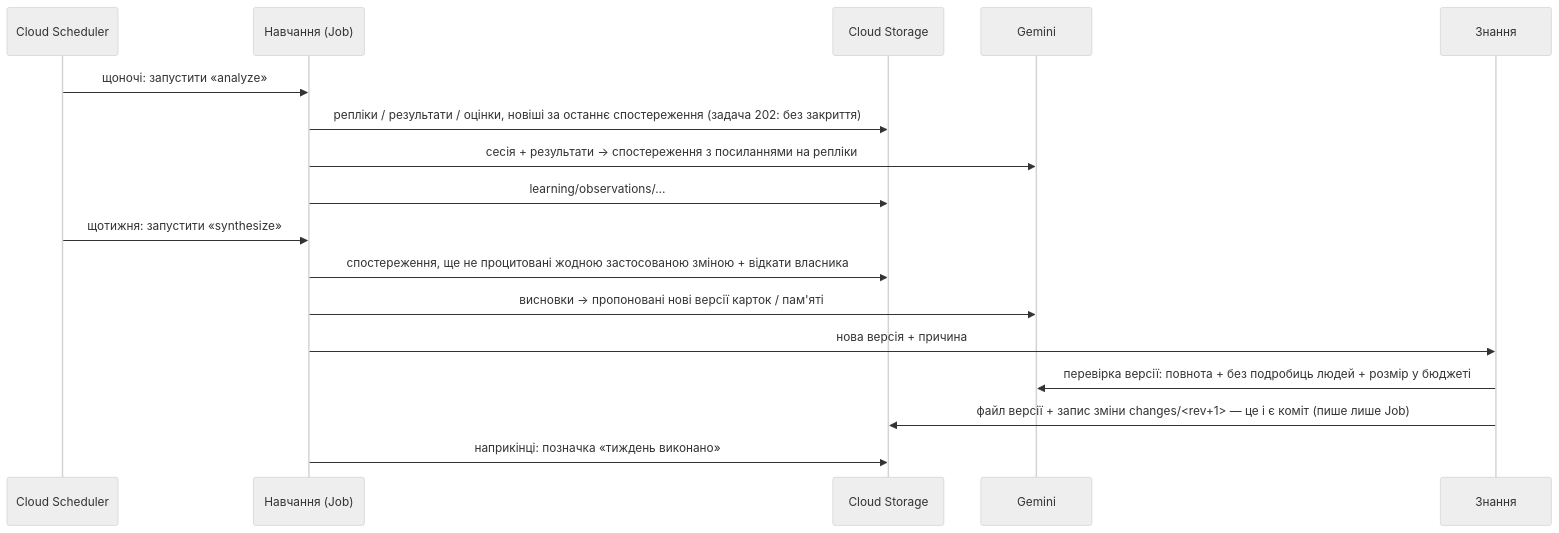
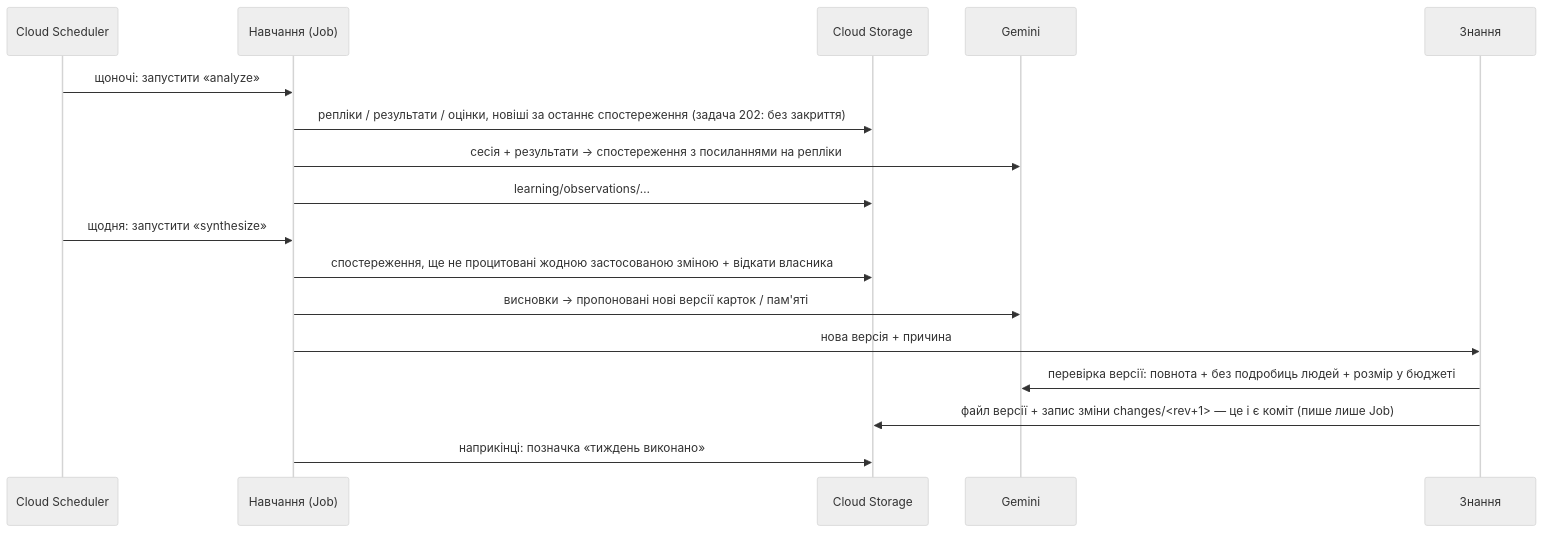
One commit to Tolkoton/thinkhow changed the third of 5 diagrams in .engine/architecture/architecture-map.md. Above: the diagram before and after it, drawn with Mermaid (neutral theme). The commit also changed other lines of this file and 101 other files, not shown here.

````diff
--- a/.engine/architecture/architecture-map.md
+++ b/.engine/architecture/architecture-map.md
@@ -119,19 +119,19 @@
 ```mermaid
 sequenceDiagram
     participant C as Cloud Scheduler
     participant L as Навчання (Job)
     participant S as Cloud Storage
     participant G as Gemini
     participant K as Знання
     C->>L: щоночі: запустити «analyze»
     L->>S: репліки / результати / оцінки, новіші за останнє спостереження (задача 202: без закриття)
     L->>G: сесія + результати → спостереження з посиланнями на репліки
     L->>S: learning/observations/…
-    C->>L: щотижня: запустити «synthesize»
+    C->>L: щодня: запустити «synthesize»
     L->>S: спостереження, ще не процитовані жодною застосованою зміною + відкати власника
     L->>G: висновки → пропоновані нові версії карток / пам'яті
     L->>K: нова версія + причина
     K->>G: перевірка версії: повнота + без подробиць людей + розмір у бюджеті
     K->>S: файл версії + запис зміни changes/<rev+1> — це і є коміт (пише лише Job)
     L->>S: наприкінці: позначка «тиждень виконано»
 ```
````
